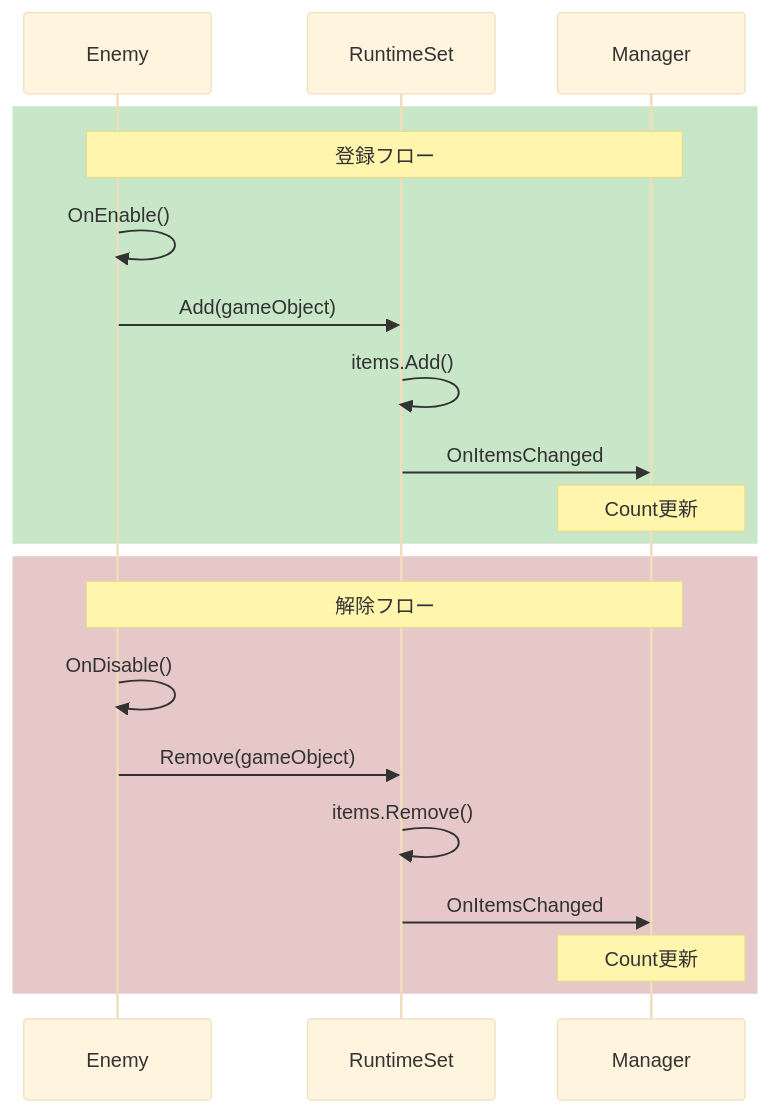
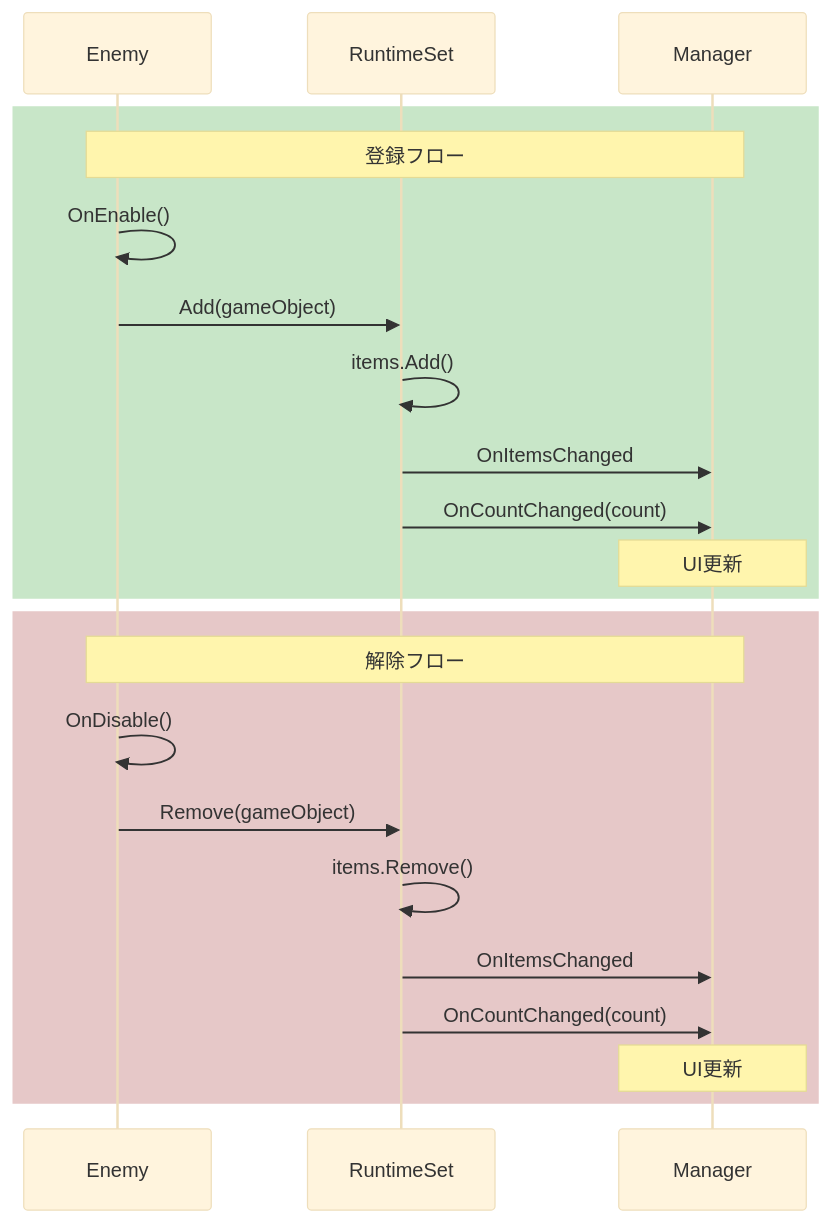
The diagram in ja/guides/runtime-sets.md (tang3cko/ReactiveSO-docs), drawn with Mermaid (base theme) before and after one commit. The commit also changed 13 other files, not shown here.

Commit message:
docs: fix SO persistence claims and add missing OnCountChanged to diagram

````diff
--- a/ja/guides/runtime-sets.md
+++ b/ja/guides/runtime-sets.md
@@ -41,24 +41,26 @@
 ```mermaid
 sequenceDiagram
     participant E as Enemy
     participant RS as RuntimeSet
     participant M as Manager
 
     rect rgb(200, 230, 200)
     Note over E,M: 登録フロー
     E->>E: OnEnable()
     E->>RS: Add(gameObject)
     RS->>RS: items.Add()
     RS->>M: OnItemsChanged
-    Note over M: Count更新
+    RS->>M: OnCountChanged(count)
+    Note over M: UI更新
     end
 
     rect rgb(230, 200, 200)
     Note over E,M: 解除フロー
     E->>E: OnDisable()
     E->>RS: Remove(gameObject)
     RS->>RS: items.Remove()
     RS->>M: OnItemsChanged
-    Note over M: Count更新
+    RS->>M: OnCountChanged(count)
+    Note over M: UI更新
     end
 ```
````
